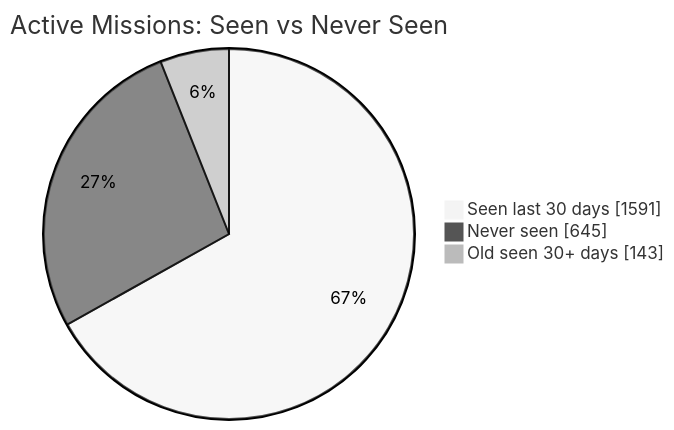
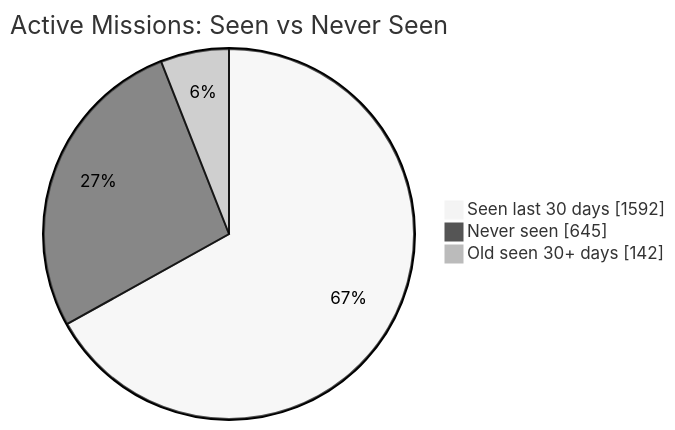
Before and after one commit to MeldkamerspelGameTeam/active-missions: the first of 2 diagrams in README.md, drawn with Mermaid (neutral theme). The commit also changed other lines of this file and 2 other files, not shown here.

````diff
--- a/README.md
+++ b/README.md
@@ -34,7 +34,7 @@
 ```mermaid
 pie showData
     title Active Missions: Seen vs Never Seen
-    "Seen last 30 days" : 1591
+    "Seen last 30 days" : 1592
     "Never seen" : 645
-    "Old seen 30+ days" : 143
+    "Old seen 30+ days" : 142
 ```
````
